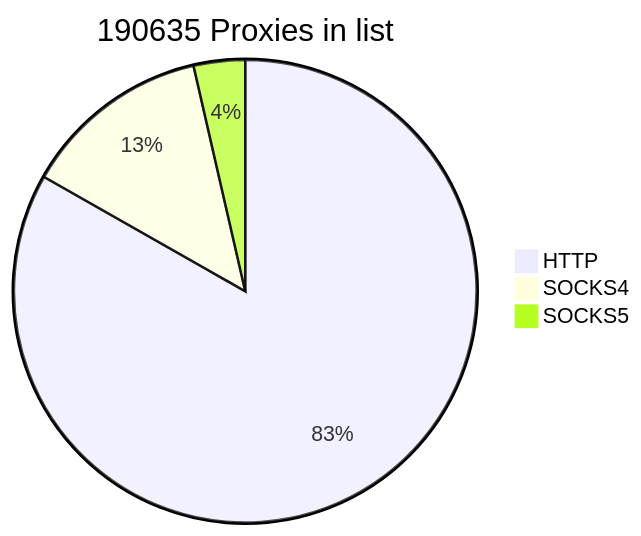
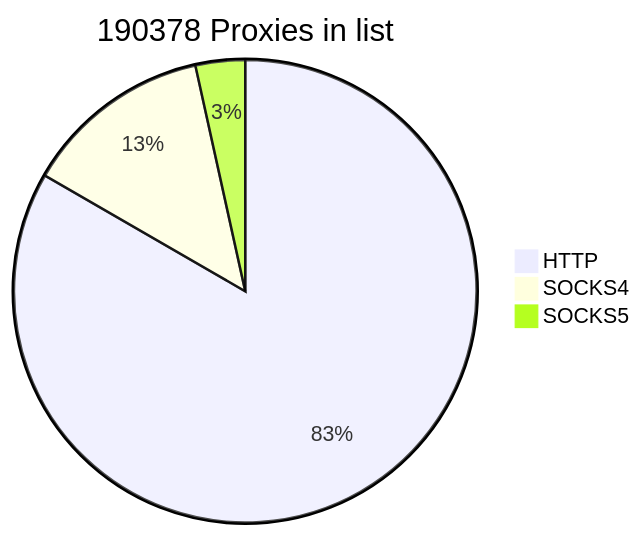
Before and after one commit to cutipu/proxylist: the first of 2 diagrams in README.md, drawn with Mermaid. The commit also changed other lines of this file, not shown here.

````diff
--- a/README.md
+++ b/README.md
@@ -2,7 +2,7 @@
 ```mermaid
-pie title 190635 Proxies in list
+pie title 190378 Proxies in list
     "HTTP" : 158655
     "SOCKS4" : 25136
-    "SOCKS5" : 6844
+    "SOCKS5" : 6587
             
 ```
````
